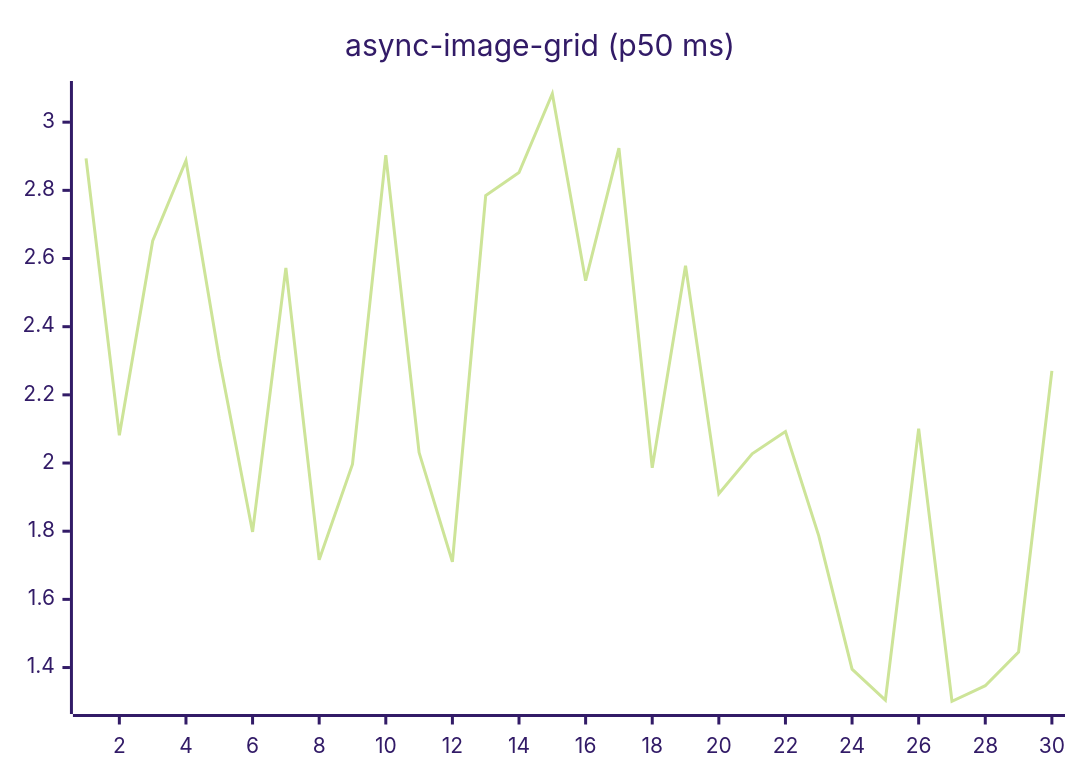
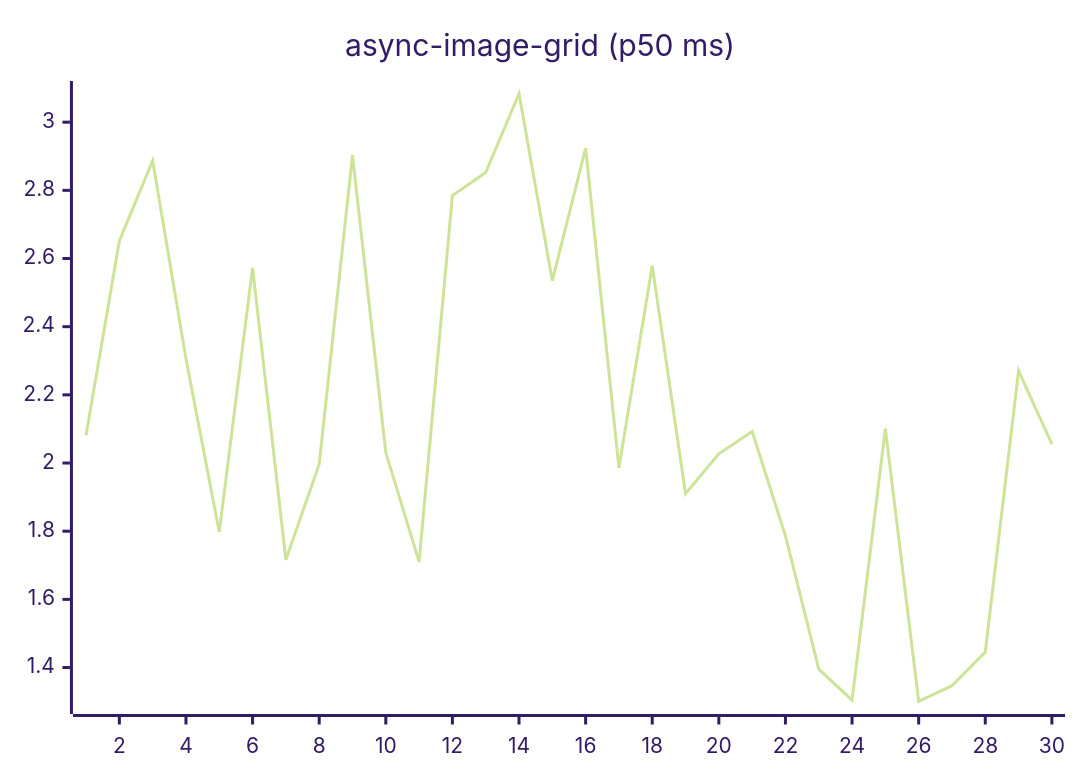
One commit to josha/Facet changed the fifth of 27 diagrams in README.md. Above: the diagram before and after it, drawn with Mermaid (forest theme). The commit also changed other lines of this file and 2 other files, not shown here.

````diff
--- a/README.md
+++ b/README.md
@@ -91,6 +91,6 @@
 ```mermaid
 xychart-beta
     title "async-image-grid (p50 ms)"
     x-axis 1 --> 30
-    line [2.8940, 2.0815, 2.6515, 2.8871, 2.3060, 1.7979, 2.5726, 1.7163, 1.9964, 2.9032, 2.0307, 1.7099, 2.7848, 2.8523, 3.0834, 2.5349, 2.9237, 1.9862, 2.5787, 1.9102, 2.0270, 2.0924, 1.7862, 1.3954, 1.3043, 2.1007, 1.3011, 1.3467, 1.4457, 2.2705]
+    line [2.0815, 2.6515, 2.8871, 2.3060, 1.7979, 2.5726, 1.7163, 1.9964, 2.9032, 2.0307, 1.7099, 2.7848, 2.8523, 3.0834, 2.5349, 2.9237, 1.9862, 2.5787, 1.9102, 2.0270, 2.0924, 1.7862, 1.3954, 1.3043, 2.1007, 1.3011, 1.3467, 1.4457, 2.2705, 2.0555]
 ```
````
